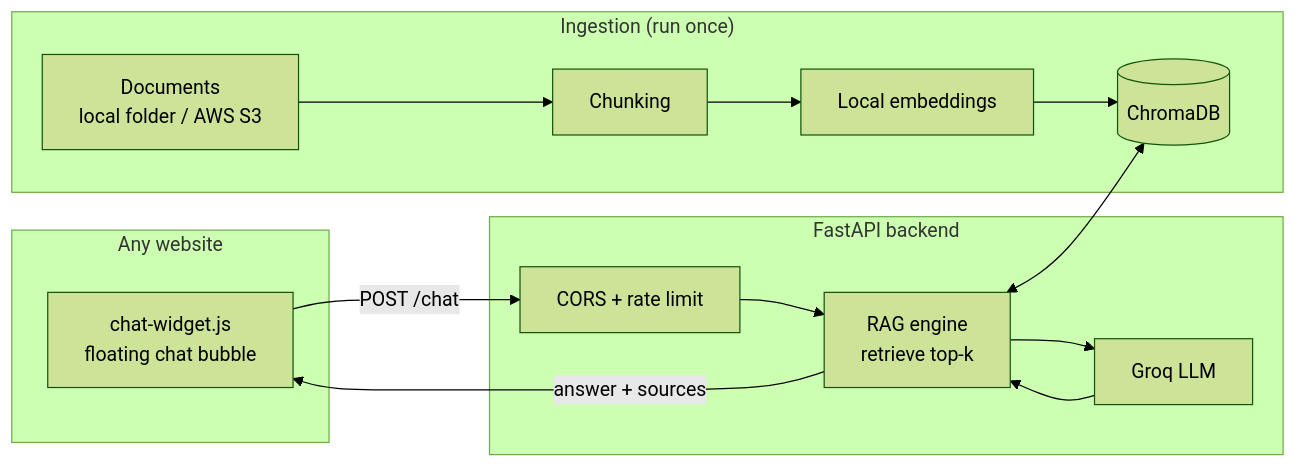
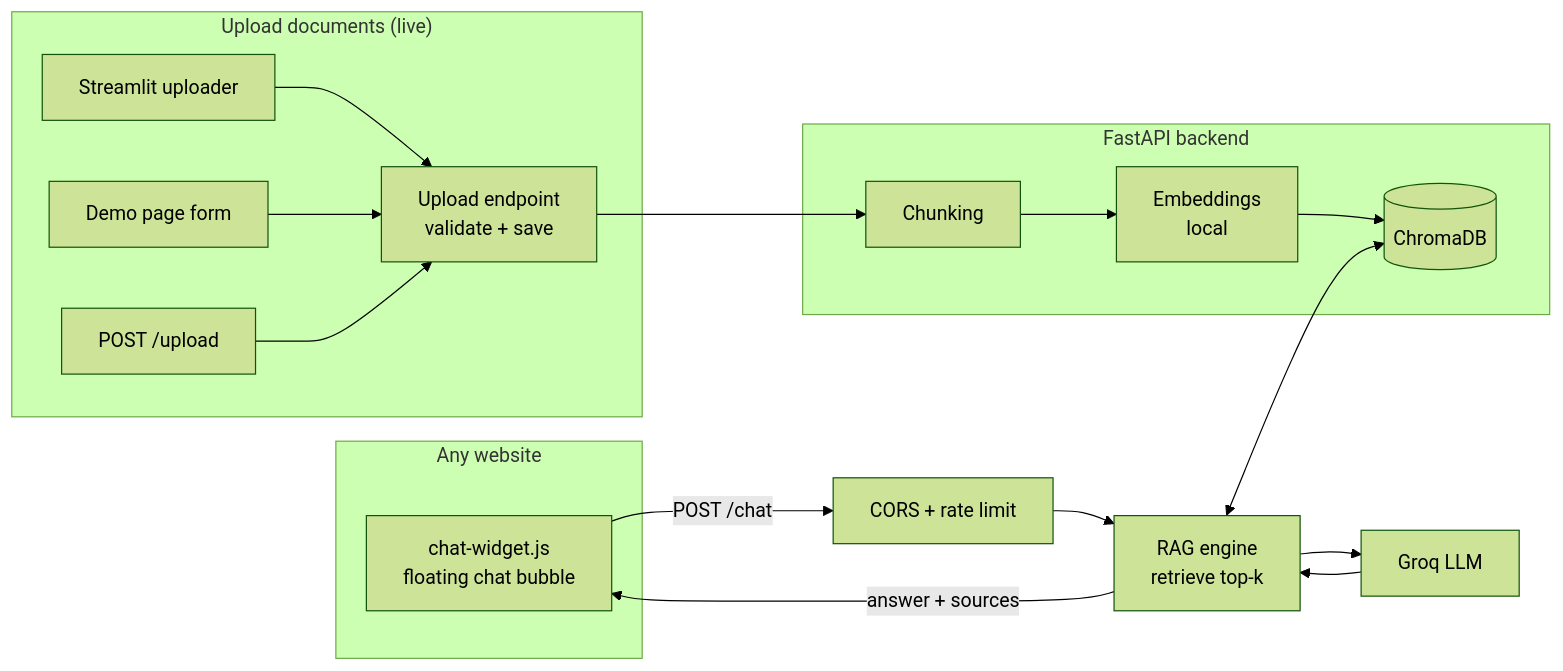
The diagram in README.md (onamemba/web_chatbot), drawn with Mermaid (forest theme) before and after one commit. The commit also changed other lines of this file and 6 other files, not shown here.

Commit message:
Direct document upload via website (replaces AWS S3): POST /upload + live ingestion, GET/DELETE /documents, Streamlit uploader + knowledge-base manager, demo page upload section; S3 removed from config, ingest, requirements, README

````diff
--- a/README.md
+++ b/README.md
@@ -9,21 +9,25 @@
 ```mermaid
 flowchart LR
-    subgraph Ingestion["Ingestion (run once)"]
-        A[Documents<br/>local folder / AWS S3] --> B[Chunking]
-        B --> C[Local embeddings]
+    subgraph Upload["Upload documents (live)"]
+        U1[Streamlit uploader] --> F
+        U2[Demo page form] --> F
+        U3[POST /upload] --> F
+    end
+
+    subgraph Backend["FastAPI backend"]
+        F[Upload endpoint<br/>validate + save] --> B[Chunking]
+        B --> C[Embeddings<br/>local]
         C --> D[(ChromaDB)]
     end
 
     subgraph Website["Any website"]
         W[chat-widget.js<br/>floating chat bubble]
     end
 
-    subgraph Backend["FastAPI backend"]
-        W -- "POST /chat" --> F[CORS + rate limit]
-        F --> G[RAG engine<br/>retrieve top-k]
-        G <--> D
-        G --> H[Groq LLM]
-        H --> G
-        G -- "answer + sources" --> W
-    end
+    W -- "POST /chat" --> R[CORS + rate limit]
+    R --> G[RAG engine<br/>retrieve top-k]
+    G <--> D
+    G --> H[Groq LLM]
+    H --> G
+    G -- "answer + sources" --> W
 ```
````
